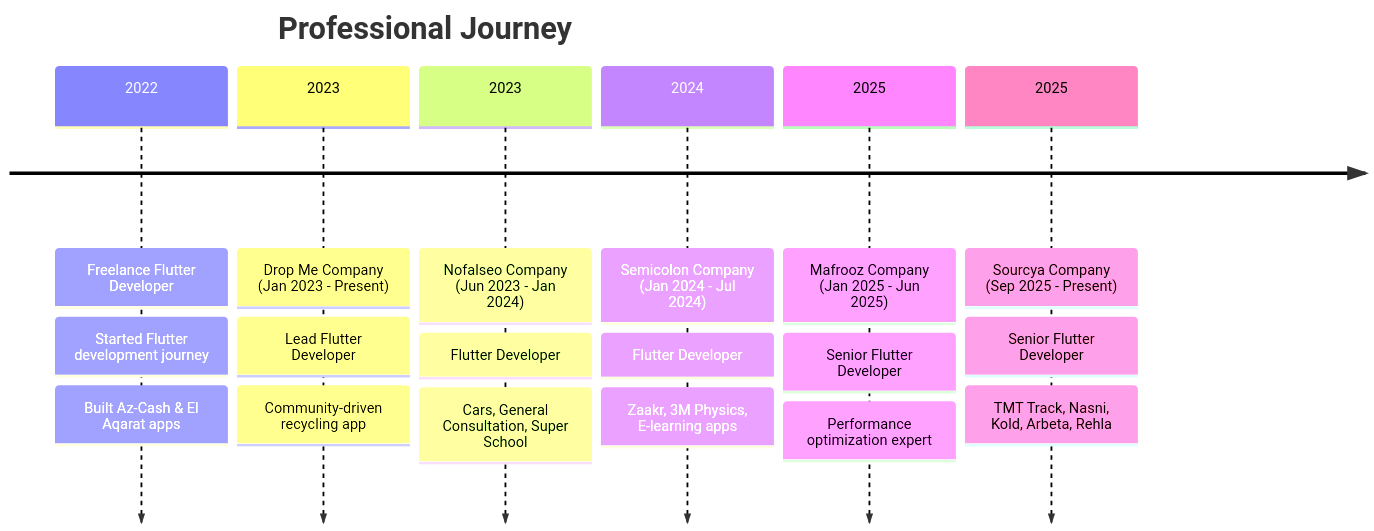
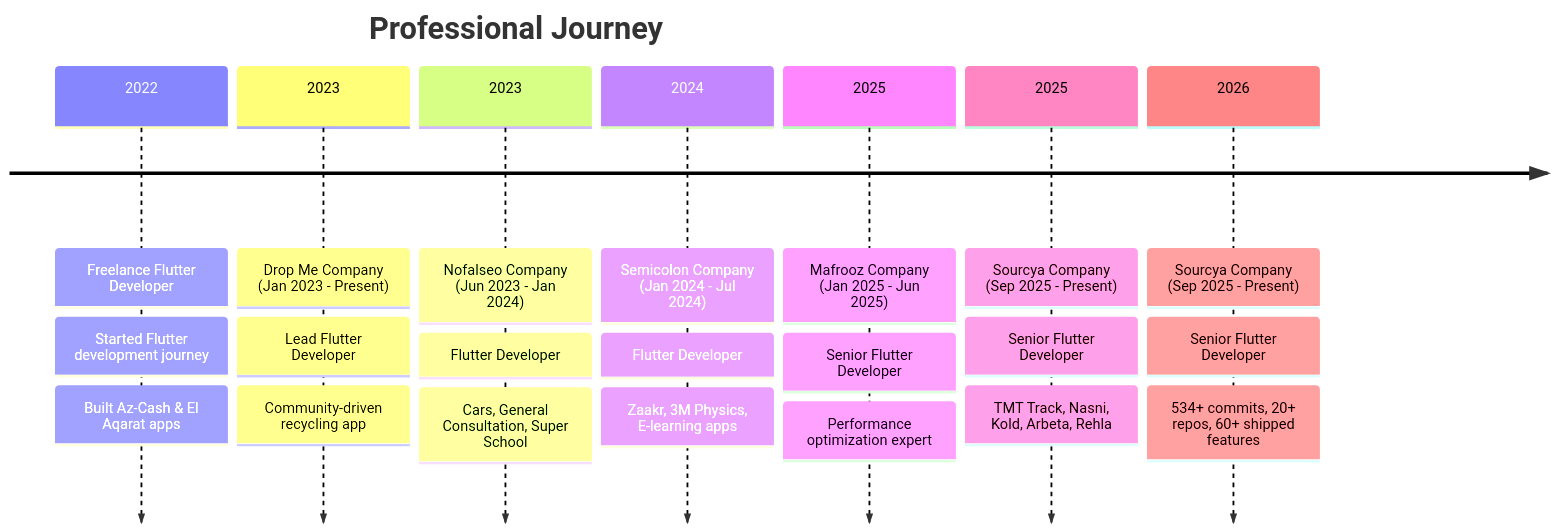
One commit to OmarSaeed20/OmarSaeed20 changed the second of 4 diagrams in README.md. Above: the diagram before and after it, drawn with Mermaid. The commit also changed other lines of this file, not shown here.

Commit message:
docs: update profile README - add Xcode, flutter_secure_storage, PM/AI/MCP/Infra sections, update 22+ apps count, Rehla links, Drop Me part-time

````diff
--- a/README.md
+++ b/README.md
@@ -135,28 +153,32 @@
 ```mermaid
 timeline
     title Professional Journey
     
     2022 : Freelance Flutter Developer
          : Started Flutter development journey
          : Built Az-Cash & El Aqarat apps
     
     2023 : Drop Me Company (Jan 2023 - Present)
          : Lead Flutter Developer
          : Community-driven recycling app
     
     2023 : Nofalseo Company (Jun 2023 - Jan 2024)
          : Flutter Developer
          : Cars, General Consultation, Super School
     
     2024 : Semicolon Company (Jan 2024 - Jul 2024)
          : Flutter Developer
          : Zaakr, 3M Physics, E-learning apps
     
     2025 : Mafrooz Company (Jan 2025 - Jun 2025)
          : Senior Flutter Developer
          : Performance optimization expert
     
     2025 : Sourcya Company (Sep 2025 - Present)
          : Senior Flutter Developer
          : TMT Track, Nasni, Kold, Arbeta, Rehla
+    
+    2026 : Sourcya Company (Sep 2025 - Present)
+         : Senior Flutter Developer
+         : 534+ commits, 20+ repos, 60+ shipped features
 ```
````
